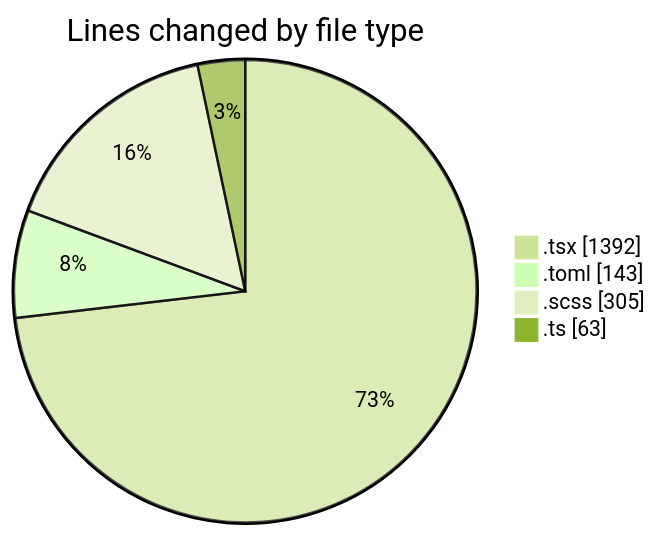
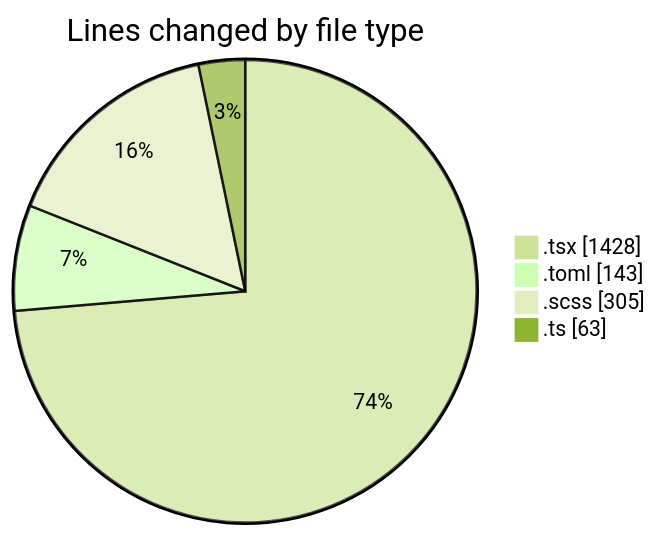
Before and after one commit to momahboobian/code-tracking: the first of 2 diagrams in 2026-11-02/cda/README.md, drawn with Mermaid (forest theme). The commit also changed other lines of this file and 1 other file, not shown here.

````diff
--- a/2026-11-02/cda/README.md
+++ b/2026-11-02/cda/README.md
@@ -29,8 +30,8 @@
 ```mermaid
 pie showData
 title Lines changed by file type
-".tsx" : 1392
+".tsx" : 1428
 ".toml" : 143
 ".scss" : 305
 ".ts" : 63
 ```
````
